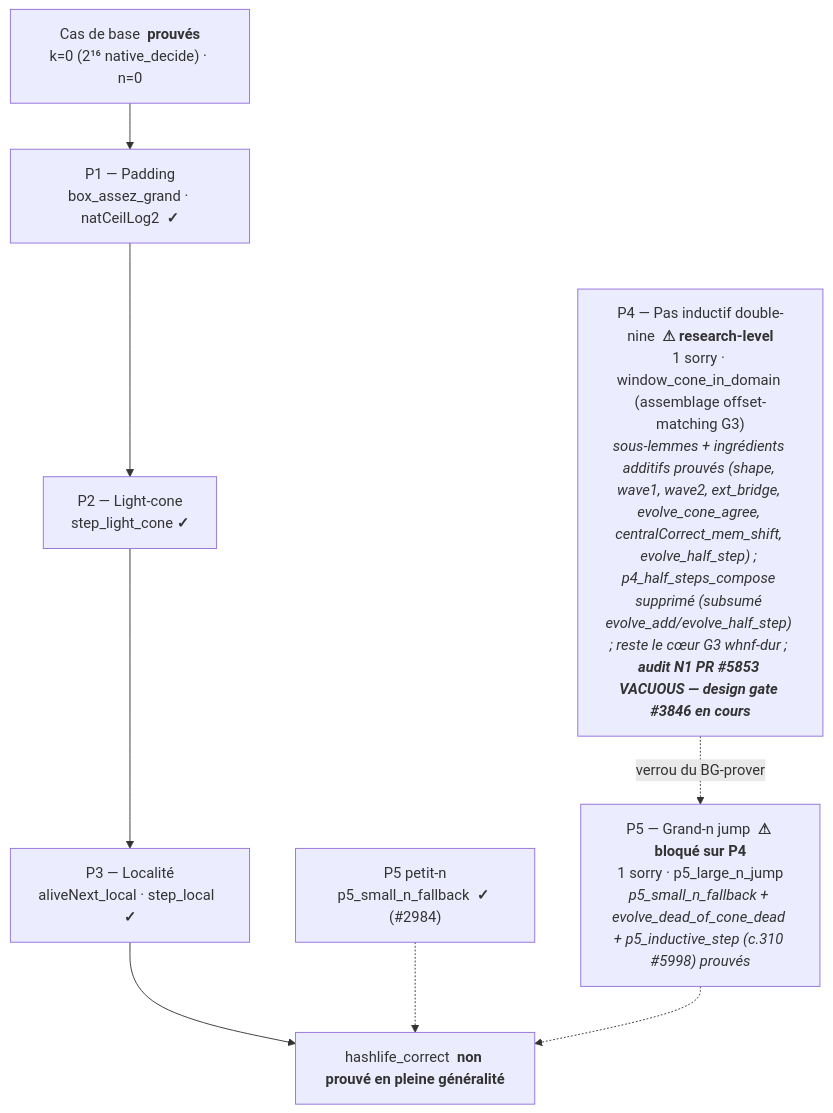
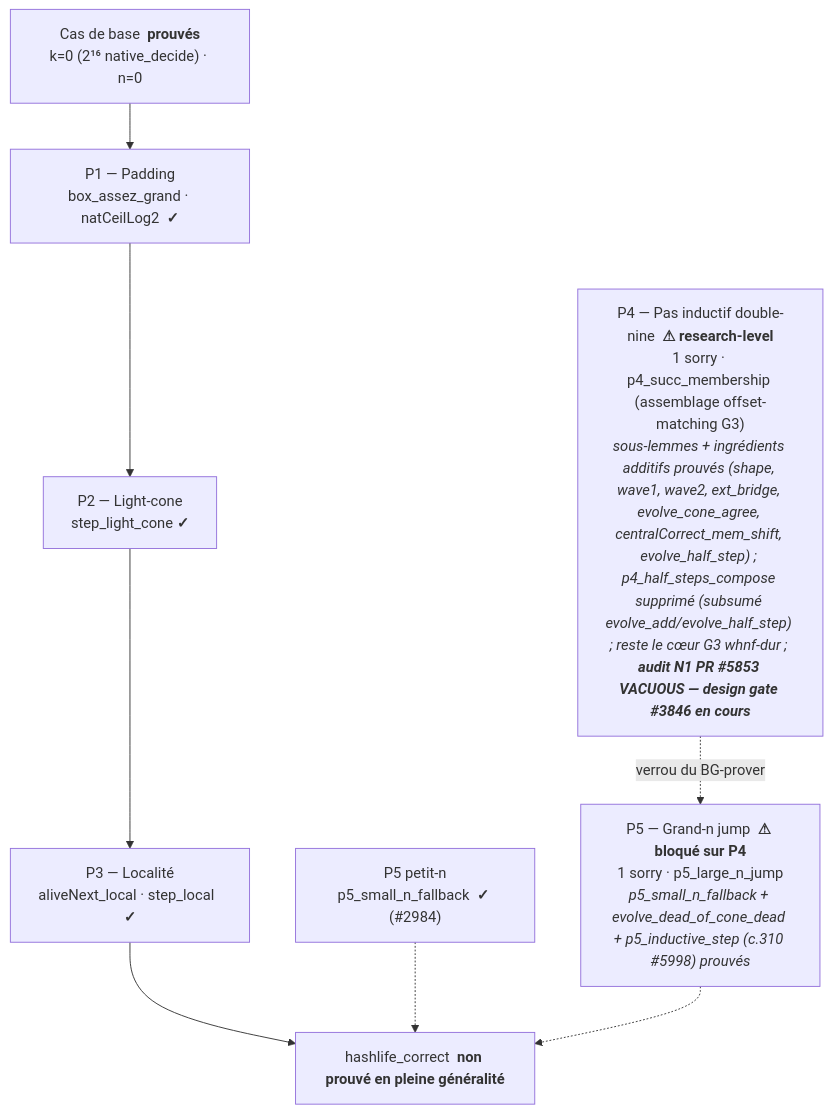
Before and after one commit to jsboige/CoursIA: the second of 2 diagrams in MyIA.AI.Notebooks/SymbolicAI/Lean/conway_lean/README.md, drawn with Mermaid. The commit also changed other lines of this file, not shown here.

First line of the commit message:
fix(conway-lean): revert false sorry re-attribution regressed by #6083

````diff
--- a/MyIA.AI.Notebooks/SymbolicAI/Lean/conway_lean/README.md
+++ b/MyIA.AI.Notebooks/SymbolicAI/Lean/conway_lean/README.md
@@ -160,15 +160,15 @@
 ```mermaid
 flowchart TD
     BASE["Cas de base  <b>prouvés</b><br/>k=0 (2¹⁶ native_decide) · n=0"]
     P1["P1 — Padding<br/>box_assez_grand · natCeilLog2  <b>✓</b>"]
     P2["P2 — Light-cone<br/>step_light_cone  <b>✓</b>"]
     P3["P3 — Localité<br/>aliveNext_local · step_local  <b>✓</b>"]
     P5S["P5 petit-n<br/>p5_small_n_fallback  <b>✓</b> (#2984)"]
-    P4["P4 — Pas inductif double-nine  <b>⚠ research-level</b><br/>1 sorry · window_cone_in_domain (assemblage offset-matching G3)<br/><i>sous-lemmes + ingrédients additifs prouvés (shape, wave1, wave2, ext_bridge, evolve_cone_agree, centralCorrect_mem_shift, evolve_half_step) ; p4_half_steps_compose supprimé (subsumé evolve_add/evolve_half_step) ; reste le cœur G3 whnf-dur ; <b>audit N1 PR #5853 VACUOUS — design gate #3846 en cours</b></i>"]
+    P4["P4 — Pas inductif double-nine  <b>⚠ research-level</b><br/>1 sorry · p4_succ_membership (assemblage offset-matching G3)<br/><i>sous-lemmes + ingrédients additifs prouvés (shape, wave1, wave2, ext_bridge, evolve_cone_agree, centralCorrect_mem_shift, evolve_half_step) ; p4_half_steps_compose supprimé (subsumé evolve_add/evolve_half_step) ; reste le cœur G3 whnf-dur ; <b>audit N1 PR #5853 VACUOUS — design gate #3846 en cours</b></i>"]
     P5["P5 — Grand-n jump  <b>⚠ bloqué sur P4</b><br/>1 sorry · p5_large_n_jump<br/><i>p5_small_n_fallback + evolve_dead_of_cone_dead + p5_inductive_step (c.310 #5998) prouvés</i>"]
     GOAL["hashlife_correct  <b>non prouvé en pleine généralité</b>"]
 
     BASE --> P1 --> P2 --> P3 --> GOAL
     P5S -.-> GOAL
     P4 -.->|"verrou du BG-prover"| P5 -.-> GOAL
 ```
````
